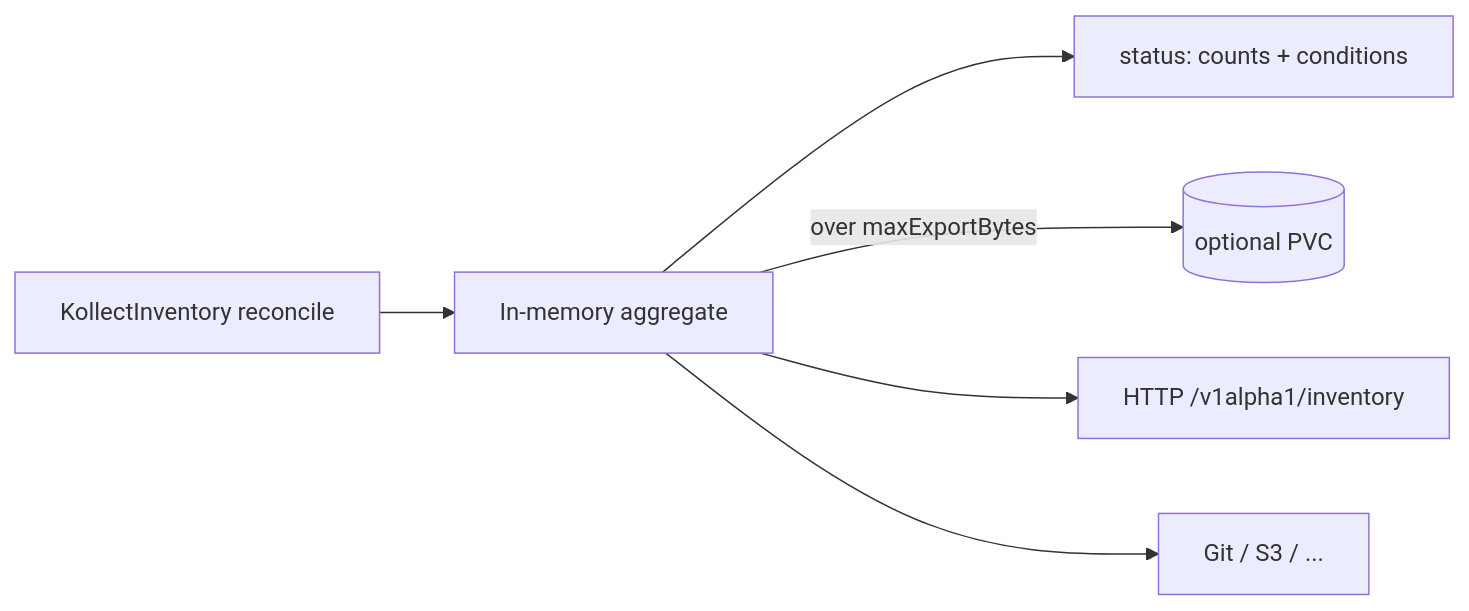
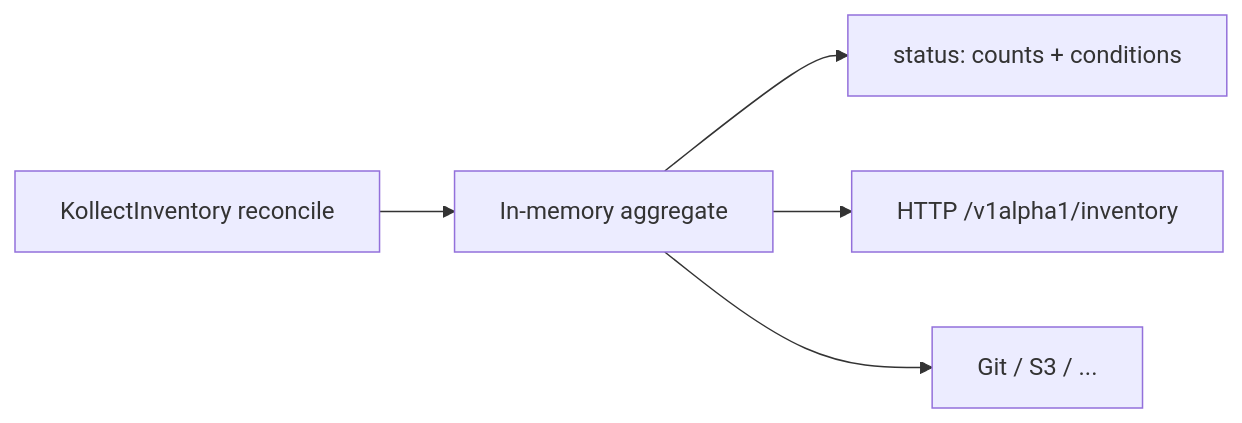
One commit to PlatformRelay/Kollect changed the diagram in docs/adr/0103-etcd-limit.md. Above: the diagram before and after it, drawn with Mermaid. The commit also changed other lines of this file and 21 other files, not shown here.

````diff
--- a/docs/adr/0103-etcd-limit.md
+++ b/docs/adr/0103-etcd-limit.md
@@ -61,14 +65,12 @@
 ```mermaid
 flowchart LR
   Inv[KollectInventory reconcile]
   Mem[In-memory aggregate]
   Status[status: counts + conditions]
-  PVC[(optional PVC)]
   HTTP[HTTP /v1alpha1/inventory]
   Sink[Git / S3 / ...]
   Inv --> Mem
   Mem --> Status
-  Mem -->|over maxExportBytes| PVC
   Mem --> HTTP
   Mem --> Sink
 ```
````
